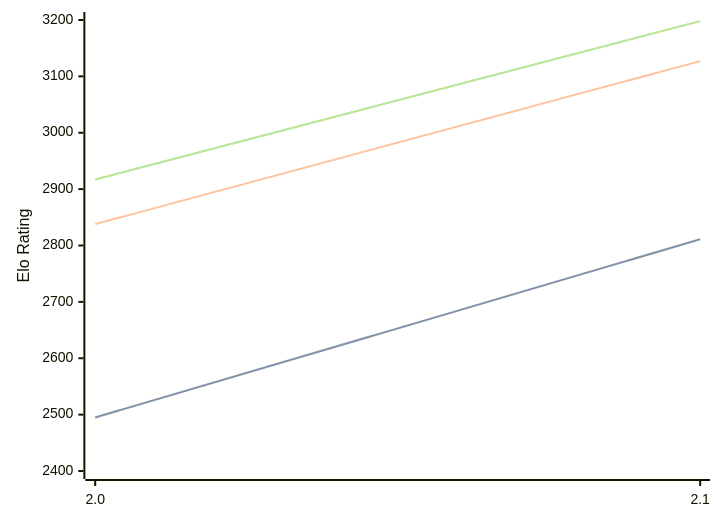
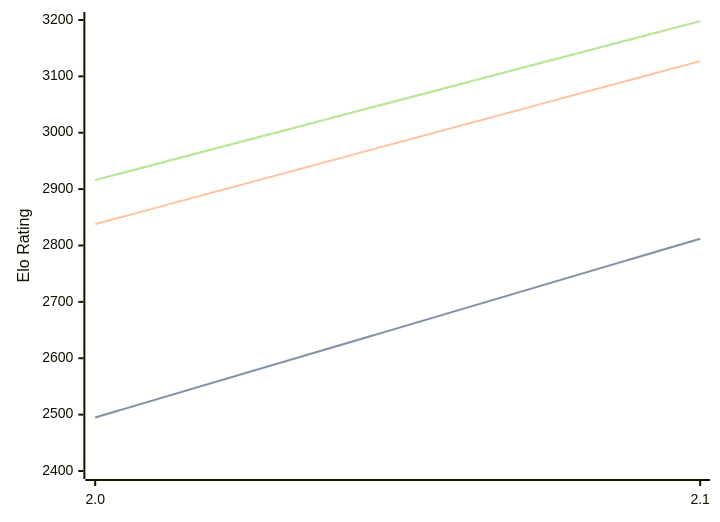
Before and after one commit to computer-chess-index/cci: the first of 3 diagrams in engines/Tunguska.md, drawn with Mermaid. The commit also changed other lines of this file, not shown here.

Commit message:
Update CCI Ratings (ELO VLTC) - 2026-06-30

````diff
--- a/engines/Tunguska.md
+++ b/engines/Tunguska.md
@@ -32,11 +32,11 @@
 ```mermaid
 %%{init: {"theme":"base","themeVariables":{"seriesColors:['#a3a3a3','#222221','#faa371']}}}%%
 xychart-beta
   x-axis ["2.0", "2.1"]
   y-axis "Elo Rating" 2400 --> 3200
-  line "STC (8.0+0.08s)" [2495, 2811]
-  line "STC (8.0+0.08s)" [2495, 2811]
+  line "STC (8.0+0.08s)" [2495, 2812]
+  line "STC (8.0+0.08s)" [2495, 2812]
   line "LTC (60.0+0.60s)" [2838, 3127]
-  line "VLTC (2m24s+1.12s)" [2917, 3198]
-  line "VLTC (2m24s+1.12s)" [2917, 3198]
+  line "VLTC (2m24s+1.12s)" [2916, 3198]
+  line "VLTC (2m24s+1.12s)" [2916, 3198]
 ```
````
